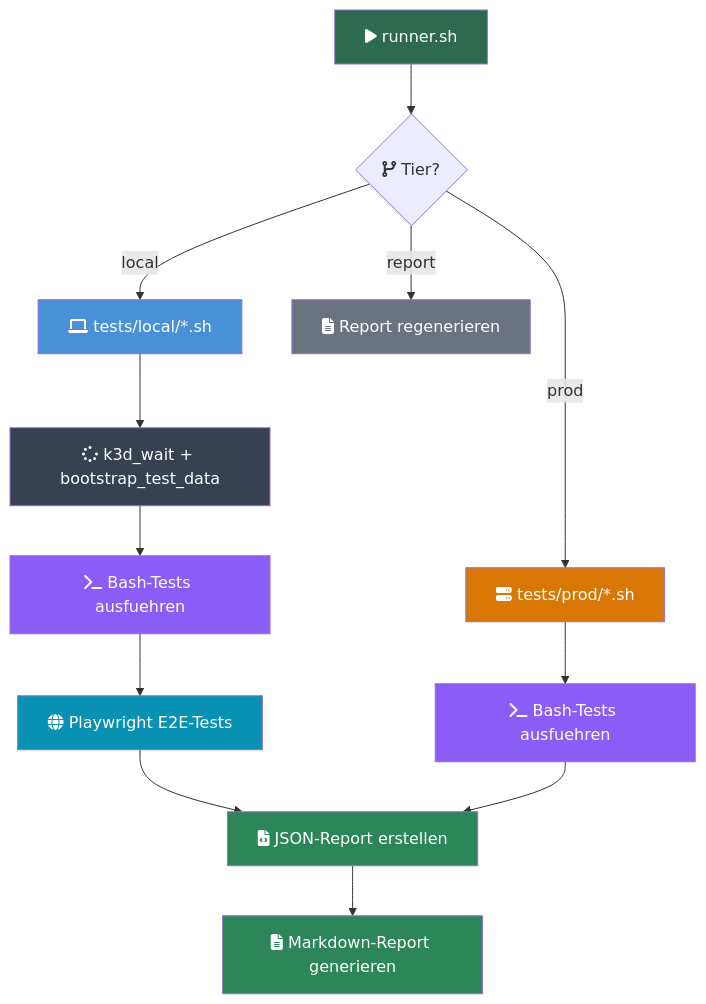
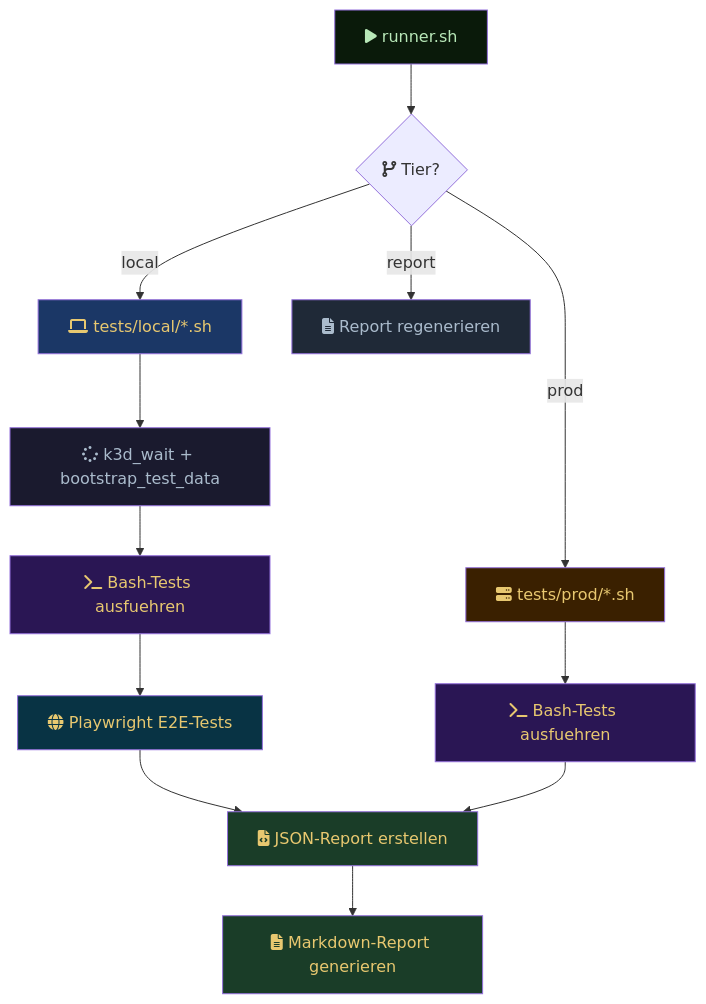
Before and after one commit to Paddione/Bachelorprojekt: the diagram in k3d/docs-content/tests.md, drawn with Mermaid. The commit also changed 6 other files, not shown here.

First line of the commit message:
docs: retheme all Mermaid diagrams to mentolder dark+gold palette

````diff
--- a/k3d/docs-content/tests.md
+++ b/k3d/docs-content/tests.md
@@ -7,27 +7,27 @@
 ```mermaid
 flowchart TB
     R["fa:fa-play runner.sh"] --> P{"fa:fa-code-branch Tier?"}
     P -->|local| L["fa:fa-laptop tests/local/*.sh"]
     P -->|prod| PR["fa:fa-server tests/prod/*.sh"]
     P -->|report| REP["fa:fa-file-lines Report regenerieren"]
 
     L --> BOOT["fa:fa-spinner k3d_wait + bootstrap_test_data"]
     BOOT --> BASH["fa:fa-terminal Bash-Tests ausfuehren"]
     BASH --> PW["fa:fa-globe Playwright E2E-Tests"]
     PW --> JSON["fa:fa-file-code JSON-Report erstellen"]
     JSON --> MD["fa:fa-file-lines Markdown-Report generieren"]
 
     PR --> PBASH["fa:fa-terminal Bash-Tests ausfuehren"]
     PBASH --> JSON
 
-    style R fill:#2d6a4f,color:#fff
-    style L fill:#4a90d9,color:#fff
-    style PR fill:#d97706,color:#fff
-    style REP fill:#6b7280,color:#fff
-    style BOOT fill:#374151,color:#fff
-    style BASH fill:#8b5cf6,color:#fff
-    style PBASH fill:#8b5cf6,color:#fff
-    style PW fill:#0891b2,color:#fff
-    style JSON fill:#2d8659,color:#fff
-    style MD fill:#2d8659,color:#fff
+    style R fill:#0a1a0a,color:#b8e8b8
+    style L fill:#1b3766,color:#e8c870
+    style PR fill:#3a2000,color:#e8c870
+    style REP fill:#1f2937,color:#aabbcc
+    style BOOT fill:#1a1a2e,color:#aabbcc
+    style BASH fill:#2a1654,color:#e8c870
+    style PBASH fill:#2a1654,color:#e8c870
+    style PW fill:#083344,color:#e8c870
+    style JSON fill:#1a3d28,color:#e8c870
+    style MD fill:#1a3d28,color:#e8c870
 ```
````
